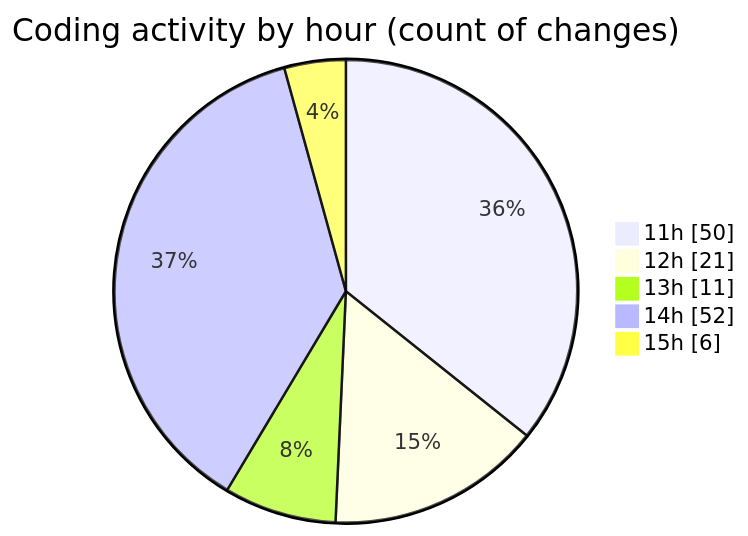
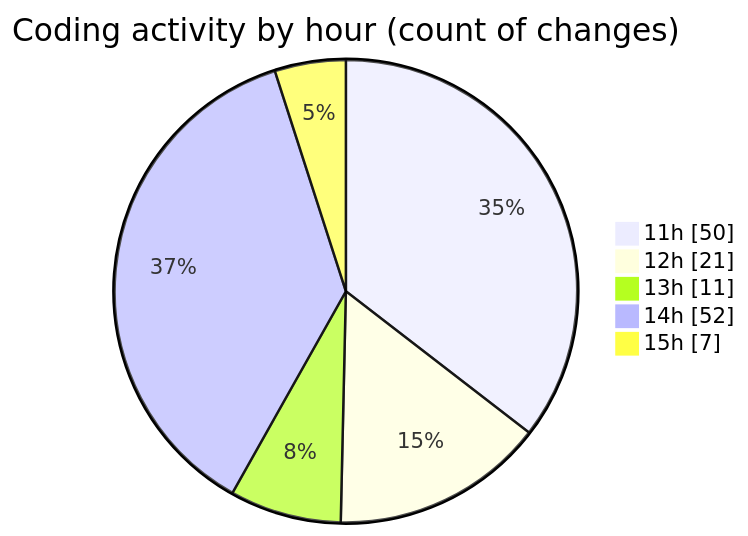
Before and after one commit to tmsrecording-cyber/code-tracking: the second of 2 diagrams in 2026-02-06/singularitybrainai/README.md, drawn with Mermaid. The commit also changed other lines of this file and 1 other file, not shown here.

````diff
--- a/2026-02-06/singularitybrainai/README.md
+++ b/2026-02-06/singularitybrainai/README.md
@@ -42,9 +42,9 @@
 ```mermaid
 pie showData
 title Coding activity by hour (count of changes)
 "11h" : 50
 "12h" : 21
 "13h" : 11
 "14h" : 52
-"15h" : 6
+"15h" : 7
 ```
````
